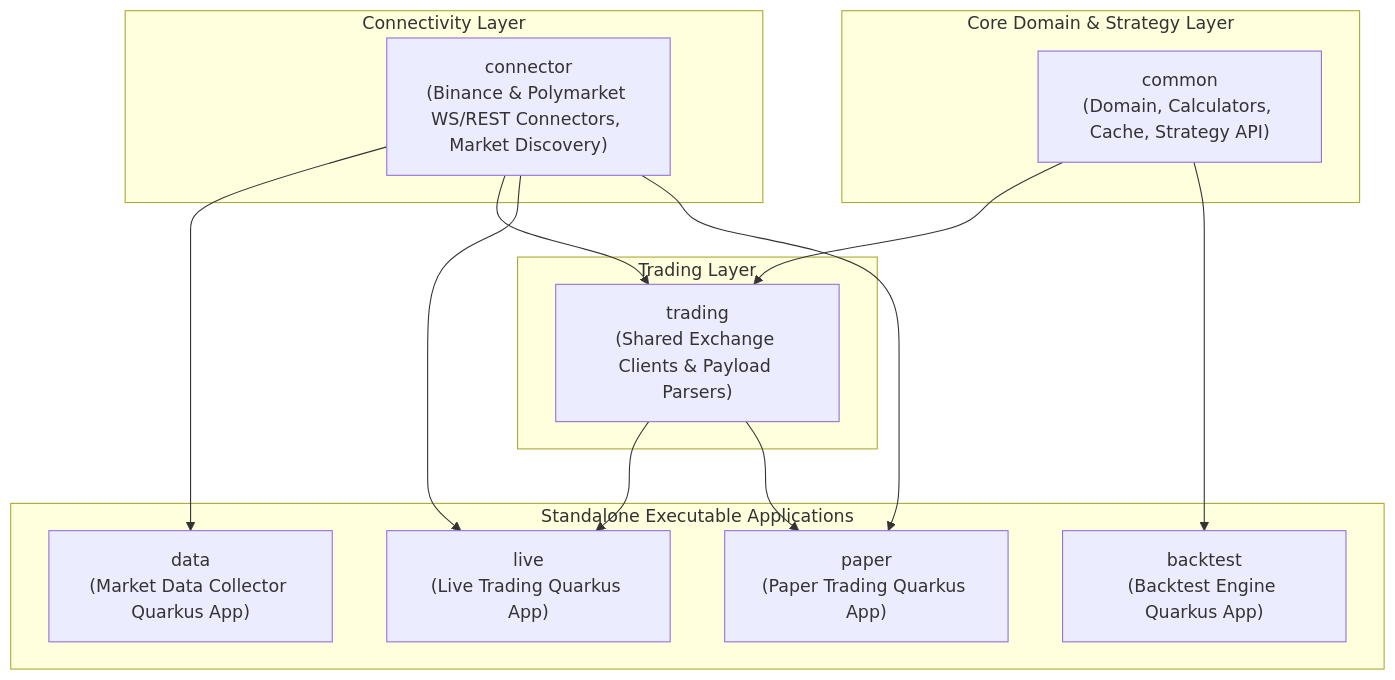
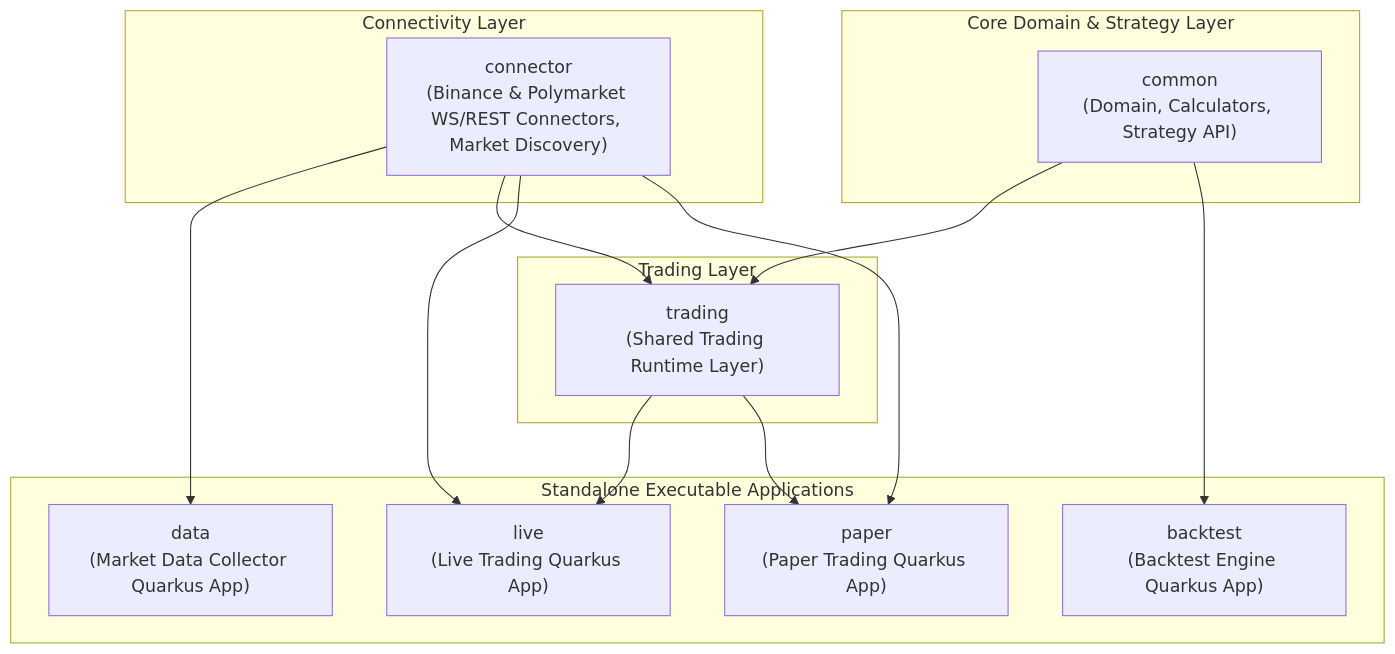
Before and after one commit to amuradon/polymarket-bot: the diagram in ARCHITECTURE.md, drawn with Mermaid. The commit also changed other lines of this file and 40 other files, not shown here.

````diff
--- a/ARCHITECTURE.md
+++ b/ARCHITECTURE.md
@@ -11,30 +11,30 @@
 ```mermaid
 flowchart TD
     subgraph Core["Core Domain & Strategy Layer"]
-        common["common<br/>(Domain, Calculators, Cache, Strategy API)"]
+        common["common<br/>(Domain, Calculators, Strategy API)"]
     end
 
     subgraph ConnectivityLayer["Connectivity Layer"]
         connector["connector<br/>(Binance & Polymarket WS/REST Connectors, Market Discovery)"]
     end
 
     subgraph TradingLayer["Trading Layer"]
-        trading["trading<br/>(Shared Exchange Clients & Payload Parsers)"]
+        trading["trading<br/>(Shared Trading Runtime Layer)"]
     end
 
     subgraph Applications["Standalone Executable Applications"]
         data["data<br/>(Market Data Collector Quarkus App)"]
         live["live<br/>(Live Trading Quarkus App)"]
         paper["paper<br/>(Paper Trading Quarkus App)"]
         backtest["backtest<br/>(Backtest Engine Quarkus App)"]
     end
 
     connector --> data
     connector --> trading
     common --> trading
     common --> backtest
     trading --> live
     trading --> paper
     connector --> live
     connector --> paper
 ```
````
